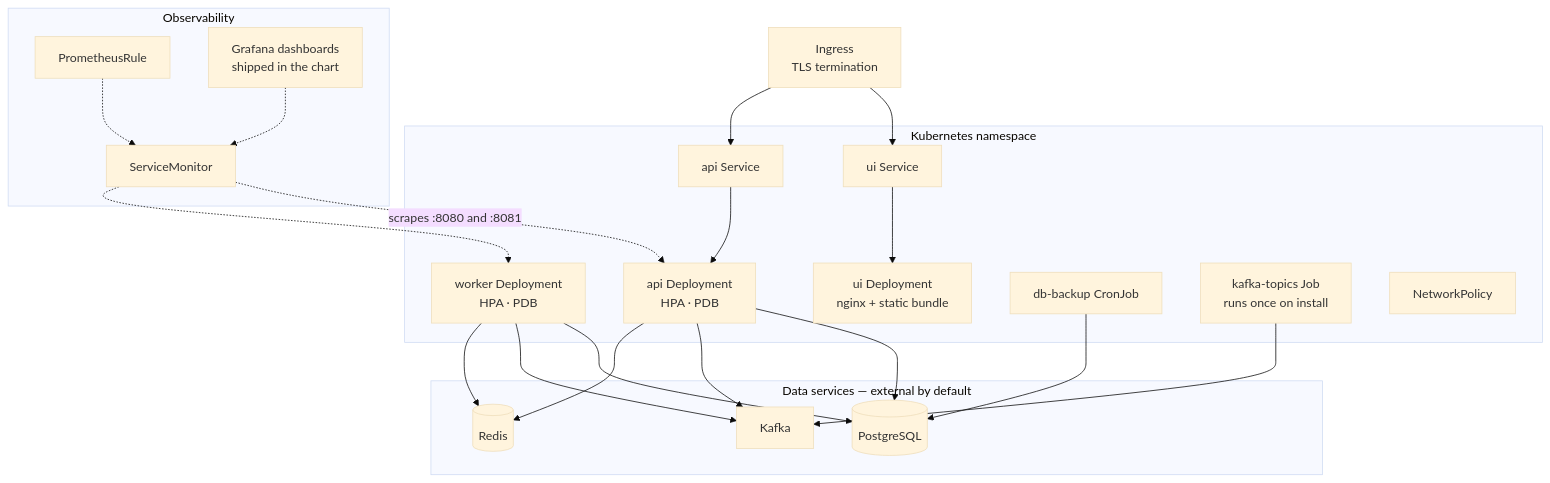
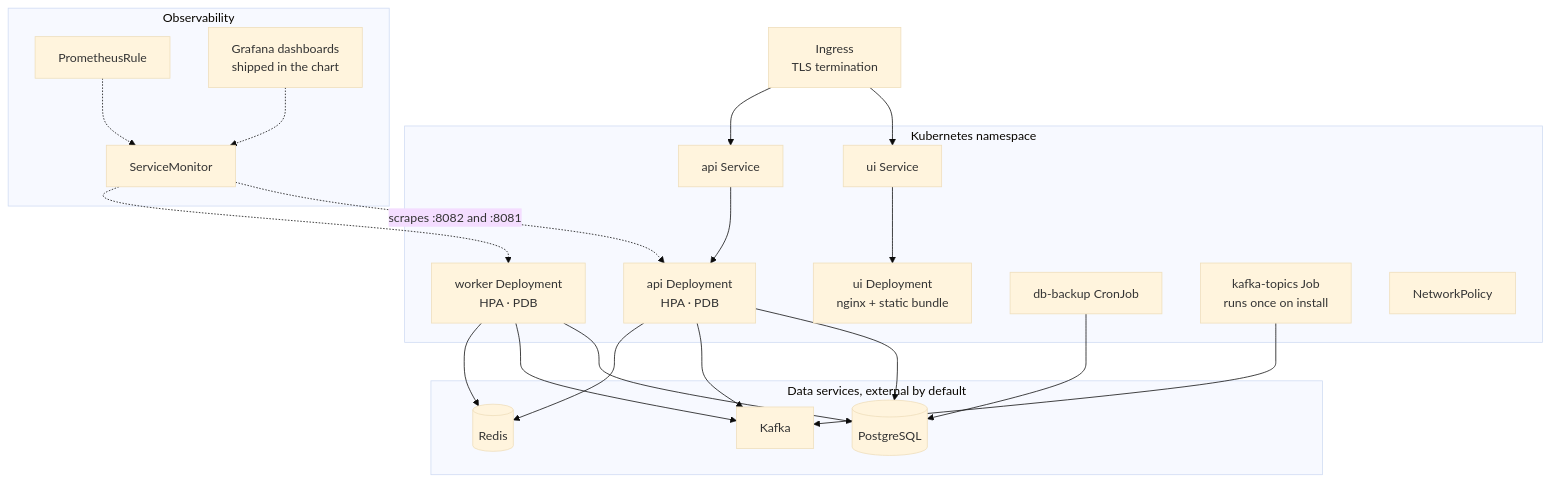
Diagram 13 of 14 in docs/ARCHITECTURE.md (vadymkykalo/railhook), drawn with Mermaid (base theme) before and after one commit. The commit also changed other lines of this file and 1 other file, not shown here.

Commit message:
docs: halve the prose in ARCHITECTURE and OPERATIONS, keep diagrams and procedures

````diff
--- a/docs/ARCHITECTURE.md
+++ b/docs/ARCHITECTURE.md
@@ -617,40 +525,40 @@
 ```mermaid
 flowchart TB
     Ingress["Ingress<br/>TLS termination"]
 
     subgraph K8s["Kubernetes namespace"]
         UISvc["ui Service"] --> UIPods["ui Deployment<br/>nginx + static bundle"]
         APISvc["api Service"] --> APIPods["api Deployment<br/>HPA · PDB"]
         WorkerPods["worker Deployment<br/>HPA · PDB"]
         Backup["db-backup CronJob"]
         Topics["kafka-topics Job<br/>runs once on install"]
         NP["NetworkPolicy"]
     end
 
-    subgraph Data["Data services — external by default"]
+    subgraph Data["Data services, external by default"]
         PG[("PostgreSQL")]
         KafkaC["Kafka"]
         RedisC[("Redis")]
     end
 
     subgraph Obs["Observability"]
         SM["ServiceMonitor"]
         PR["PrometheusRule"]
         Graf["Grafana dashboards<br/>shipped in the chart"]
     end
 
     Ingress --> UISvc
     Ingress --> APISvc
     APIPods --> PG
     APIPods --> KafkaC
     APIPods --> RedisC
     WorkerPods --> PG
     WorkerPods --> KafkaC
     WorkerPods --> RedisC
     Topics --> KafkaC
     Backup --> PG
-    SM -.->|"scrapes :8080 and :8081"| APIPods
+    SM -.->|"scrapes :8082 and :8081"| APIPods
     SM -.-> WorkerPods
     PR -.-> SM
     Graf -.-> SM
 ```
````
